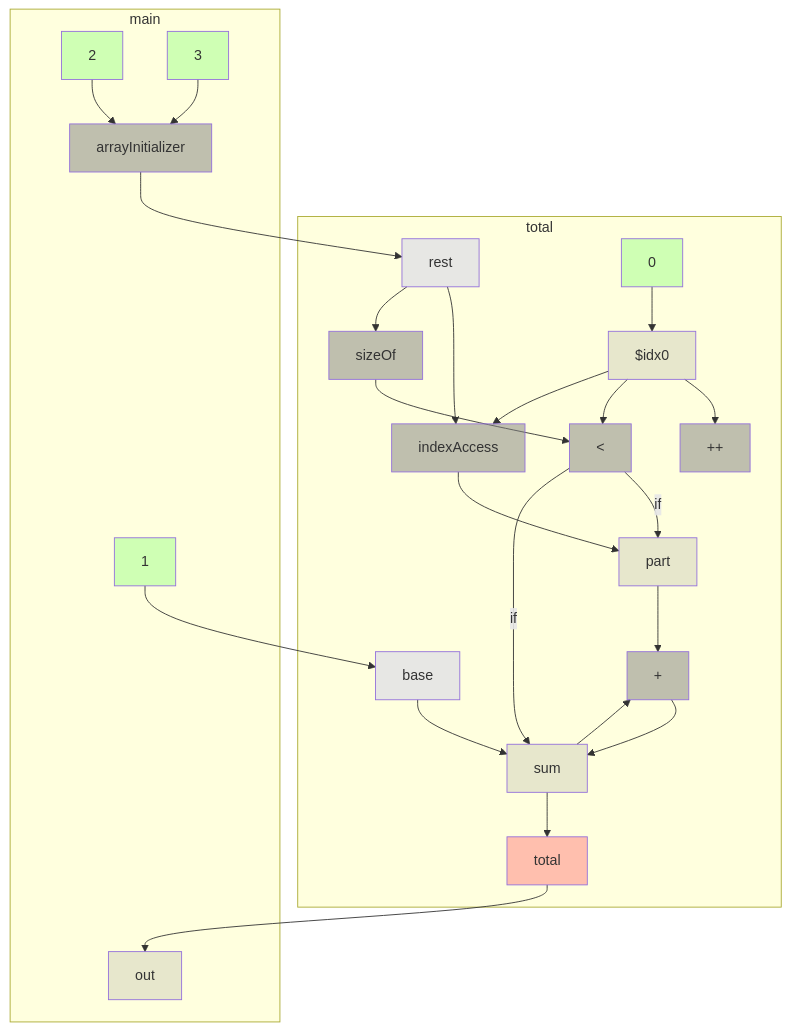
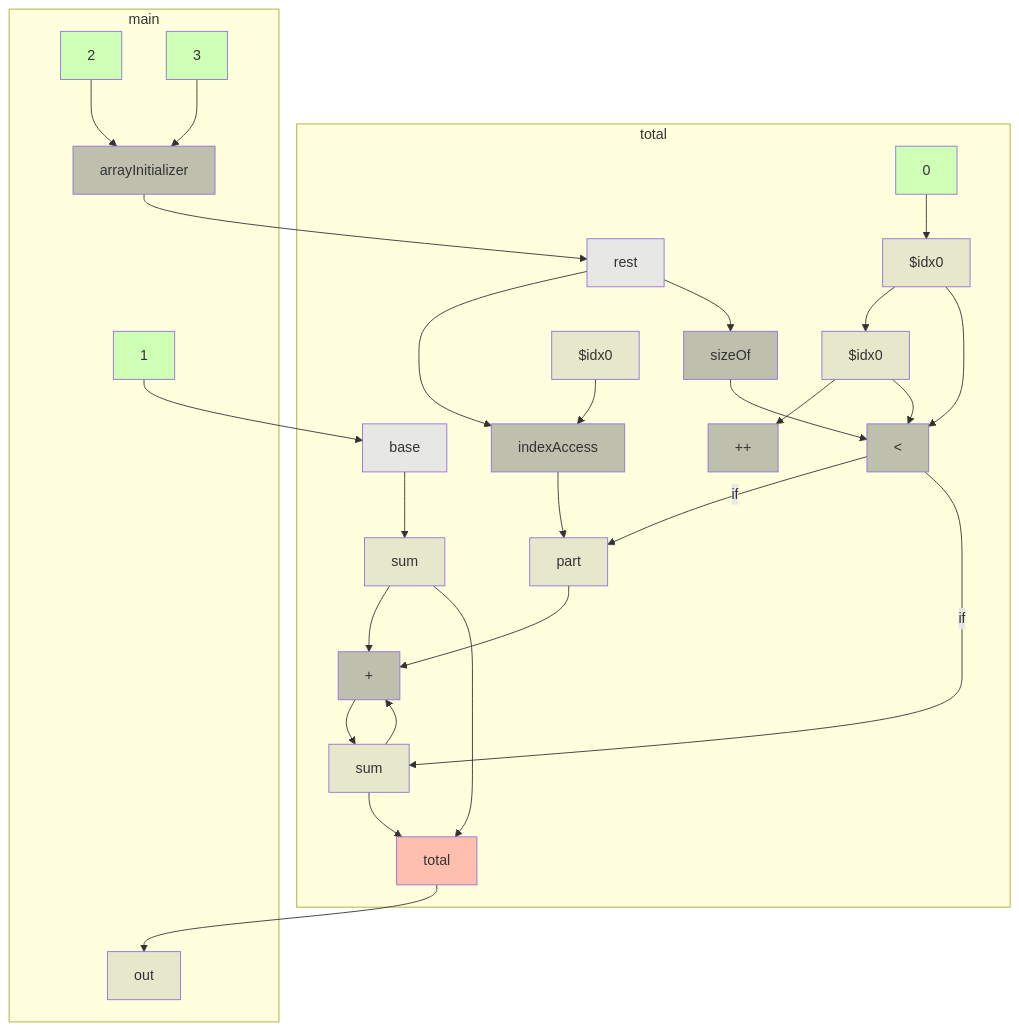
Before and after one commit to gstiebler/codeflow: the diagram in app/src/test/resources/varargs/spike-truth.md, drawn with Mermaid. The commit also changed 46 other files, not shown here.

````diff
--- a/app/src/test/resources/varargs/spike-truth.md
+++ b/app/src/test/resources/varargs/spike-truth.md
@@ -3,51 +3,58 @@
 ```mermaid
 flowchart TD
   subgraph m0["total"]
     n0["++"]:::BIN_OP
     n1["+"]:::BIN_OP
     n2["#lt;"]:::BIN_OP
     n3["indexAccess"]:::BIN_OP
     n4["sizeOf"]:::BIN_OP
     n5["base"]:::FUNC_PARAM
     n6["rest"]:::FUNC_PARAM
     n7["0"]:::LITERAL
     n8["total"]:::RETURN
     n9["$idx0"]:::VARIABLE
-    n10["part"]:::VARIABLE
-    n11["sum"]:::VARIABLE
+    n10["$idx0"]:::VARIABLE
+    n11["$idx0"]:::VARIABLE
+    n12["part"]:::VARIABLE
+    n13["sum"]:::VARIABLE
+    n14["sum"]:::VARIABLE
   end
   subgraph m1["main"]
-    n12["arrayInitializer"]:::BIN_OP
-    n13["1"]:::LITERAL
-    n14["2"]:::LITERAL
-    n15["3"]:::LITERAL
-    n16["out"]:::VARIABLE
+    n15["arrayInitializer"]:::BIN_OP
+    n16["1"]:::LITERAL
+    n17["2"]:::LITERAL
+    n18["3"]:::LITERAL
+    n19["out"]:::VARIABLE
   end
-  n1 --> n11
-  n10 --> n1
-  n11 --> n1
-  n11 --> n8
-  n12 --> n6
-  n13 --> n5
-  n14 --> n12
-  n15 --> n12
-  n2 -->|if| n10
-  n2 -->|if| n11
-  n3 --> n10
+  n1 --> n14
+  n10 --> n11
+  n10 --> n2
+  n11 --> n0
+  n11 --> n2
+  n12 --> n1
+  n13 --> n1
+  n13 --> n8
+  n14 --> n1
+  n14 --> n8
+  n15 --> n6
+  n16 --> n5
+  n17 --> n15
+  n18 --> n15
+  n2 -->|if| n12
+  n2 -->|if| n14
+  n3 --> n12
   n4 --> n2
-  n5 --> n11
+  n5 --> n13
   n6 --> n3
   n6 --> n4
-  n7 --> n9
-  n8 --> n16
-  n9 --> n0
-  n9 --> n2
+  n7 --> n10
+  n8 --> n19
   n9 --> n3
   classDef LITERAL fill:#00FF0030
   classDef VARIABLE fill:#80808030
   classDef BIN_OP fill:#80808080
   classDef FUNC_PARAM fill:#8080FF30
   classDef RETURN fill:#FF808080
   classDef EXTERNAL fill:#FFA50040
   classDef UNMODELLED fill:#FF000030,stroke-dasharray: 4 2
 ```
````
